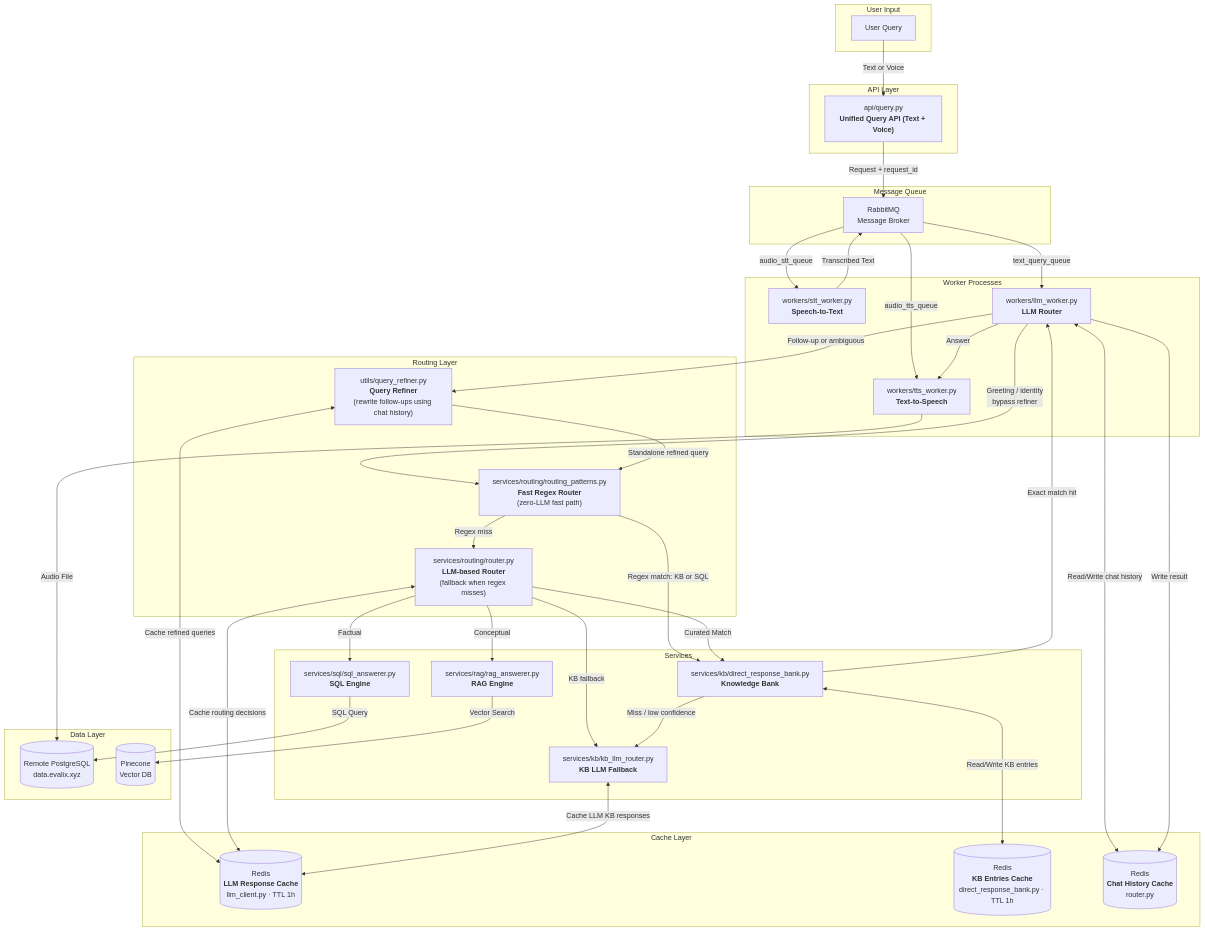
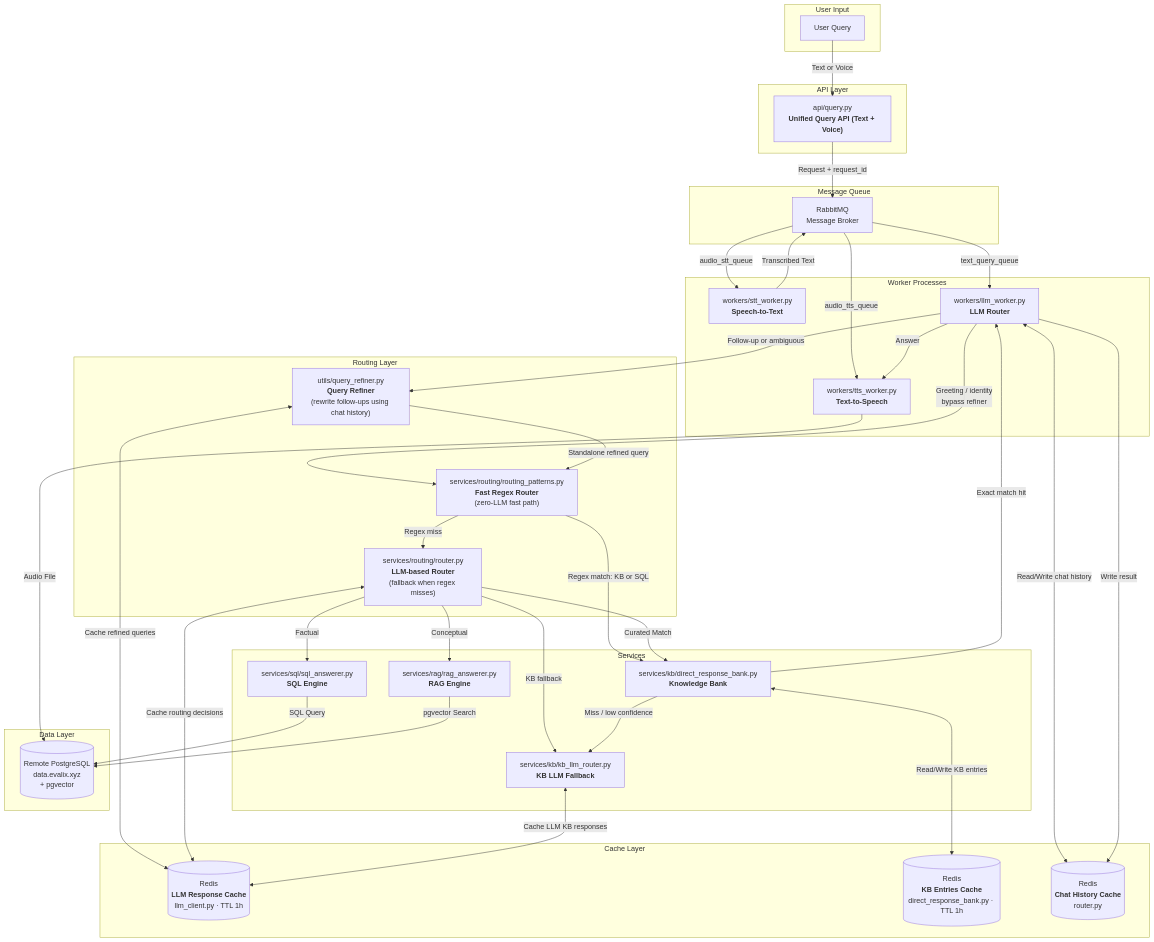
Before and after one commit to theapprenticeproject/Ai: the first of 4 diagrams in README.md, drawn with Mermaid. The commit also changed other lines of this file and 10 other files, not shown here.

First line of the commit message:
refactor(rag): decommission Pinecone, pgvector is now the sole vector backend

````diff
--- a/README.md
+++ b/README.md
@@ -99,78 +99,77 @@
 ```mermaid
 graph TD
     subgraph "User Input"
         User[User Query]
     end
 
     subgraph "API Layer"
       QueryAPI["api/query.py<br><b>Unified Query API (Text + Voice)</b>"]
     end
 
     subgraph "Message Queue"
         RabbitMQ["RabbitMQ<br>Message Broker"]
     end
 
     subgraph "Worker Processes"
         STTWorker["workers/stt_worker.py<br><b>Speech-to-Text</b>"]
         LLMWorker["workers/llm_worker.py<br><b>LLM Router</b>"]
         TTSWorker["workers/tts_worker.py<br><b>Text-to-Speech</b>"]
     end
 
     subgraph "Routing Layer"
         Refiner["utils/query_refiner.py<br><b>Query Refiner</b><br>(rewrite follow-ups using chat history)"]
         FastPath["services/routing/routing_patterns.py<br><b>Fast Regex Router</b><br>(zero-LLM fast path)"]
         Router["services/routing/router.py<br><b>LLM-based Router</b><br>(fallback when regex misses)"]
     end
 
     subgraph "Services"
       KB["services/kb/direct_response_bank.py<br><b>Knowledge Bank</b>"]
         SQL["services/sql/sql_answerer.py<br><b>SQL Engine</b>"]
         RAG["services/rag/rag_answerer.py<br><b>RAG Engine</b>"]
       KBRouter["services/kb/kb_llm_router.py<br><b>KB LLM Fallback</b>"]
     end
 
     subgraph "Cache Layer"
         RedisLLM[("Redis<br><b>LLM Response Cache</b><br>llm_client.py · TTL 1h")]
         RedisKB[("Redis<br><b>KB Entries Cache</b><br>direct_response_bank.py · TTL 1h")]
         RedisHistory[("Redis<br><b>Chat History Cache</b><br>router.py")]
     end
 
     subgraph "Data Layer"
-      PostgresDB[(Remote PostgreSQL<br>data.evalix.xyz)]
-        PineconeDB[(Pinecone<br>Vector DB)]
+      PostgresDB[(Remote PostgreSQL<br>data.evalix.xyz<br>+ pgvector)]
     end
 
     User -->|Text or Voice| QueryAPI
     QueryAPI -->|Request + request_id| RabbitMQ
 
     RabbitMQ -->|audio_stt_queue| STTWorker
     RabbitMQ -->|text_query_queue| LLMWorker
     RabbitMQ -->|audio_tts_queue| TTSWorker
 
     STTWorker -->|Transcribed Text| RabbitMQ
     LLMWorker -->|Greeting / identity<br>bypass refiner| FastPath
     LLMWorker -->|Follow-up or ambiguous| Refiner
     Refiner -->|Standalone refined query| FastPath
     Refiner <-->|Cache refined queries| RedisLLM
     FastPath -->|Regex match: KB or SQL| KB
     FastPath -->|Regex miss| Router
     Router <-->|Cache routing decisions| RedisLLM
     Router -->|Curated Match| KB
     Router -->|Factual| SQL
     Router -->|Conceptual| RAG
     Router -->|KB fallback| KBRouter
 
     KB <-->|Read/Write KB entries| RedisKB
     KB -->|Exact match hit| LLMWorker
     KB -->|Miss / low confidence| KBRouter
     KBRouter <-->|Cache LLM KB responses| RedisLLM
 
     LLMWorker <-->|Read/Write chat history| RedisHistory
 
     SQL -->|SQL Query| PostgresDB
-    RAG -->|Vector Search| PineconeDB
+    RAG -->|pgvector Search| PostgresDB
 
     LLMWorker -->|Answer| TTSWorker
     TTSWorker -->|Audio File| PostgresDB
     LLMWorker -->|Write result| RedisHistory
 ```
````
